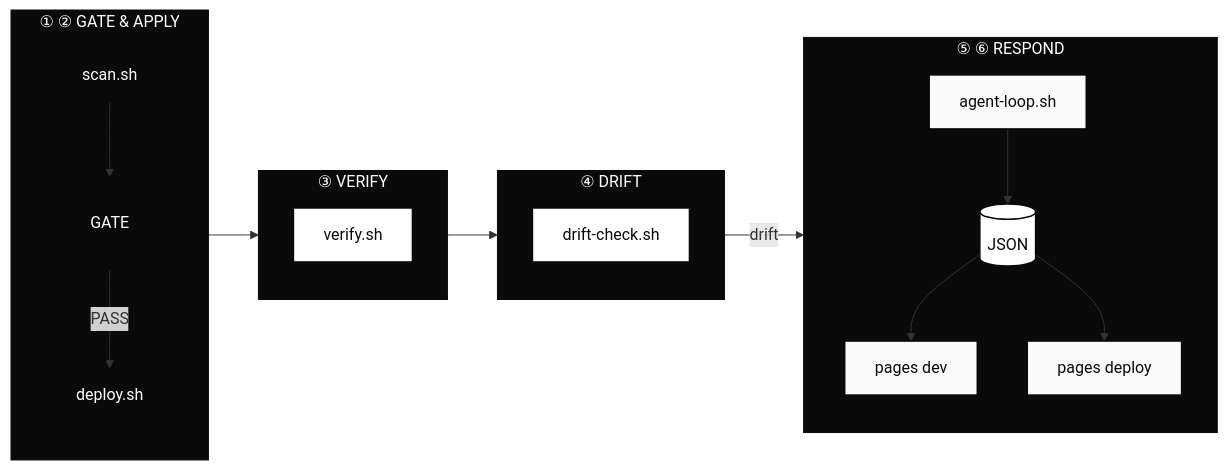
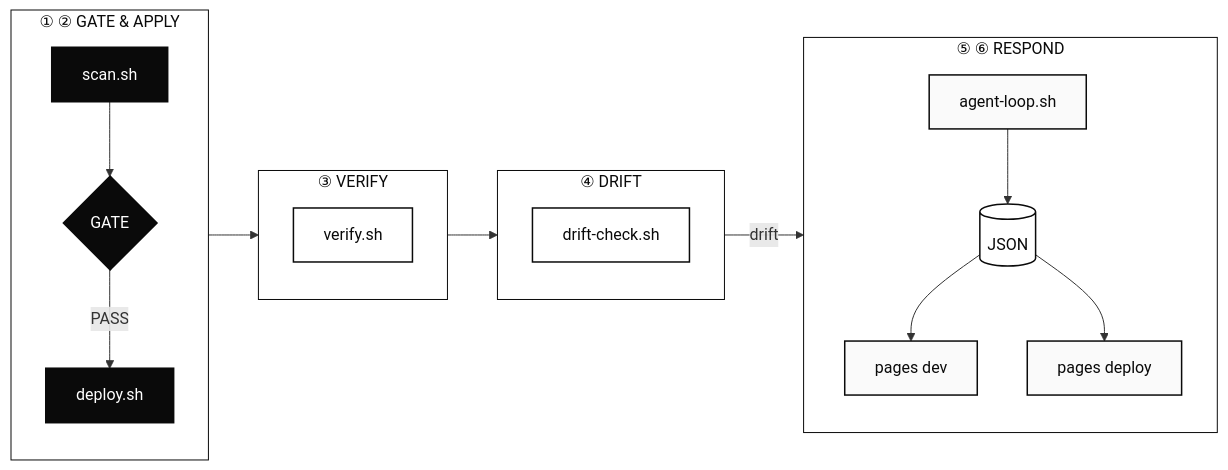
The diagram in docs/diagrams/developer-dataflow.mmd (arifbazli/shift-left-cloud-sandbox), drawn with Mermaid before and after one commit. The commit also changed 7 other files, not shown here.

First line of the commit message:
fix(diagrams): remove black cluster backgrounds, keep white boxes

```diff
--- a/docs/diagrams/developer-dataflow.mmd
+++ b/docs/diagrams/developer-dataflow.mmd
@@ -1,45 +1,52 @@
 flowchart LR
-    subgraph S1["① ② GATE &amp; APPLY"]
+    subgraph S1["① ② GATE & APPLY"]
         direction TB
         SCAN["scan.sh"]
         GATE{"GATE"}
         APPLY["deploy.sh"]
         SCAN --> GATE -->|"PASS"| APPLY
     end
 
     subgraph S2["③ VERIFY"]
         direction TB
         V1["verify.sh"]
     end
 
     subgraph S3["④ DRIFT"]
         direction TB
         D1["drift-check.sh"]
     end
 
     subgraph S4["⑤ ⑥ RESPOND"]
         direction TB
         AG["agent-loop.sh"]
         J[("JSON")]
         DEV["pages dev"]
         DEP["pages deploy"]
         AG --> J
         J --> DEV
         J --> DEP
     end
 
     APPLY --> V1 --> D1 -->|"drift"| AG
 
-    classDef section fill:#0a0a0a,stroke:#0a0a0a,color:#ffffff,stroke-width:1px
+    %% Cluster backgrounds: white with thin black border (so the box is
+    %% visible against the canvas without dominating the design).
+    classDef section fill:#ffffff,stroke:#0a0a0a,color:#0a0a0a,stroke-width:1px
+    %% Action nodes (the scripts that do things): black-filled, white text.
     classDef black fill:#0a0a0a,stroke:#0a0a0a,color:#ffffff,stroke-width:2px
+    %% Pass-through nodes: white with black border.
     classDef white fill:#ffffff,stroke:#0a0a0a,color:#0a0a0a,stroke-width:1.5px
+    %% Surface nodes: light gray with black border.
     classDef gray fill:#fafafa,stroke:#0a0a0a,color:#0a0a0a,stroke-width:1.5px
+    %% Decision node: black diamond with white text.
     classDef diamond fill:#0a0a0a,stroke:#0a0a0a,color:#ffffff,stroke-width:2px
+    %% Data store: white with black border (cylinder).
     classDef store fill:#ffffff,stroke:#0a0a0a,color:#0a0a0a,stroke-width:1.5px
 
     class S1,S2,S3,S4 section
     class SCAN,APPLY black
     class V1,D1 white
     class AG,DEV,DEP gray
     class GATE diamond
     class J store
```
